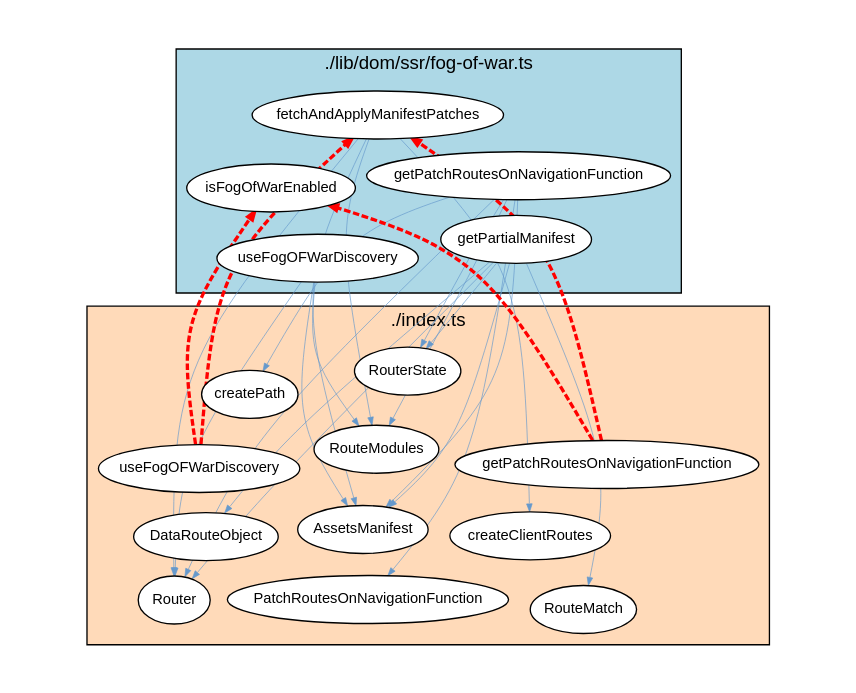
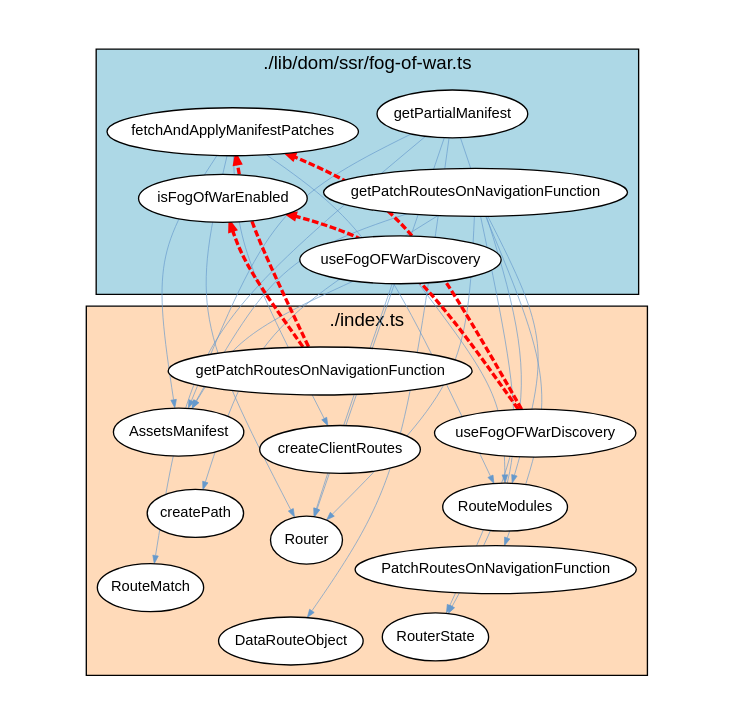
The diagram in analysis-results/react-router/latest/cyclic-dependencies/Typescript_Module/Graph_Visualizations/graphviz/TypescriptModuleCyclicDependencies5.gv (JohT/code-graph-analysis-examples), drawn with Graphviz before and after one commit. The commit also changed other lines of this file and 349 other files, not shown here.

```diff
--- a/analysis-results/react-router/latest/cyclic-dependencies/Typescript_Module/Graph_Visualizations/graphviz/TypescriptModuleCyclicDependencies5.gv
+++ b/analysis-results/react-router/latest/cyclic-dependencies/Typescript_Module/Graph_Visualizations/graphviz/TypescriptModuleCyclicDependencies5.gv
@@ -1,58 +1,58 @@
 strict digraph cycle {
     graph [layout = "fdp"; start = "7"; splines = "curved"; pad = "0.8,0.4"; outputorder = "edgesfirst";];
     graph [fontname = "Helvetica,Arial,sans-serif"; labelloc = "t";];
     node [fontname = "Helvetica,Arial,sans-serif"; style = "filled"; fillcolor = "white";];
     node [fontsize = 11; margin = "0.05,0.05";];
     edge [fontsize = 9; arrowsize = "0.6";];
 
     subgraph cluster_package {
         label="./lib/dom/ssr/fog-of-war.ts";
         style="filled";
         fillcolor="lightblue";
         "fetchAndApplyManifestPatches";
         "getPartialManifest";
         "useFogOFWarDiscovery_pkg" [label="useFogOFWarDiscovery"];
         "getPatchRoutesOnNavigationFunction_pkg" [label="getPatchRoutesOnNavigationFunction"];
         "isFogOfWarEnabled";
     }
 
     subgraph cluster_dependent {
         label="./index.ts";
         style="filled";
         fillcolor="peachpuff";
+        "AssetsManifest";
         "RouterState";
-        "AssetsManifest";
         "PatchRoutesOnNavigationFunction";
         "DataRouteObject";
         "useFogOFWarDiscovery_dep" [label="useFogOFWarDiscovery"];
         "getPatchRoutesOnNavigationFunction_dep" [label="getPatchRoutesOnNavigationFunction"];
         "RouteModules";
         "Router";
         "RouteMatch";
         "createClientRoutes";
         "createPath";
     }
 
     "getPatchRoutesOnNavigationFunction_pkg" -> "Router" [color="#6699CC"; penwidth="0.5"];
     "fetchAndApplyManifestPatches" -> "Router" [color="#6699CC"; penwidth="0.5"];
     "fetchAndApplyManifestPatches" -> "AssetsManifest" [color="#6699CC"; penwidth="0.5"];
     "getPatchRoutesOnNavigationFunction_pkg" -> "AssetsManifest" [color="#6699CC"; penwidth="0.5"];
     "getPatchRoutesOnNavigationFunction_pkg" -> "RouteModules" [color="#6699CC"; penwidth="0.5"];
     "fetchAndApplyManifestPatches" -> "createClientRoutes" [color="#6699CC"; penwidth="0.5"];
     "fetchAndApplyManifestPatches" -> "RouteModules" [color="#6699CC"; penwidth="0.5"];
     "getPartialManifest" -> "Router" [color="#6699CC"; penwidth="0.5"];
+    "getPartialManifest" -> "AssetsManifest" [color="#6699CC"; penwidth="0.5"];
+    "useFogOFWarDiscovery_pkg" -> "RouteModules" [color="#6699CC"; penwidth="0.5"];
+    "getPatchRoutesOnNavigationFunction_pkg" -> "createPath" [color="#6699CC"; penwidth="0.5"];
     "getPartialManifest" -> "RouterState" [color="#6699CC"; penwidth="0.5"];
     "getPatchRoutesOnNavigationFunction_pkg" -> "RouterState" [color="#6699CC"; penwidth="0.5"];
-    "useFogOFWarDiscovery_pkg" -> "RouteModules" [color="#6699CC"; penwidth="0.5"];
-    "getPartialManifest" -> "AssetsManifest" [color="#6699CC"; penwidth="0.5"];
-    "getPatchRoutesOnNavigationFunction_pkg" -> "createPath" [color="#6699CC"; penwidth="0.5"];
     "getPatchRoutesOnNavigationFunction_pkg" -> "PatchRoutesOnNavigationFunction" [color="#6699CC"; penwidth="0.5"];
     "getPartialManifest" -> "RouteMatch" [color="#6699CC"; penwidth="0.5"];
     "useFogOFWarDiscovery_pkg" -> "AssetsManifest" [color="#6699CC"; penwidth="0.5"];
+    "getPartialManifest" -> "DataRouteObject" [color="#6699CC"; penwidth="0.5"];
     "useFogOFWarDiscovery_pkg" -> "Router" [color="#6699CC"; penwidth="0.5"];
-    "getPartialManifest" -> "DataRouteObject" [color="#6699CC"; penwidth="0.5"];
     "getPatchRoutesOnNavigationFunction_dep" -> "isFogOfWarEnabled" [color="red"; penwidth="2.5"; style="dashed";];
     "useFogOFWarDiscovery_dep" -> "fetchAndApplyManifestPatches" [color="red"; penwidth="2.5"; style="dashed";];
     "useFogOFWarDiscovery_dep" -> "isFogOfWarEnabled" [color="red"; penwidth="2.5"; style="dashed";];
     "getPatchRoutesOnNavigationFunction_dep" -> "fetchAndApplyManifestPatches" [color="red"; penwidth="2.5"; style="dashed";];
 }
```
